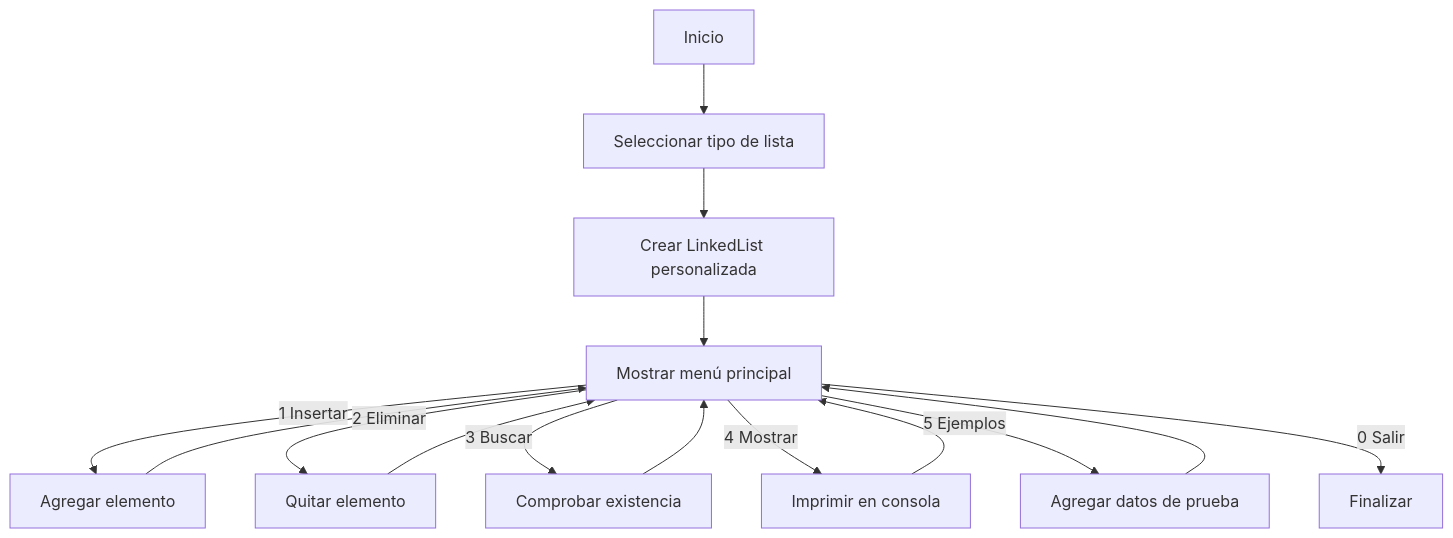
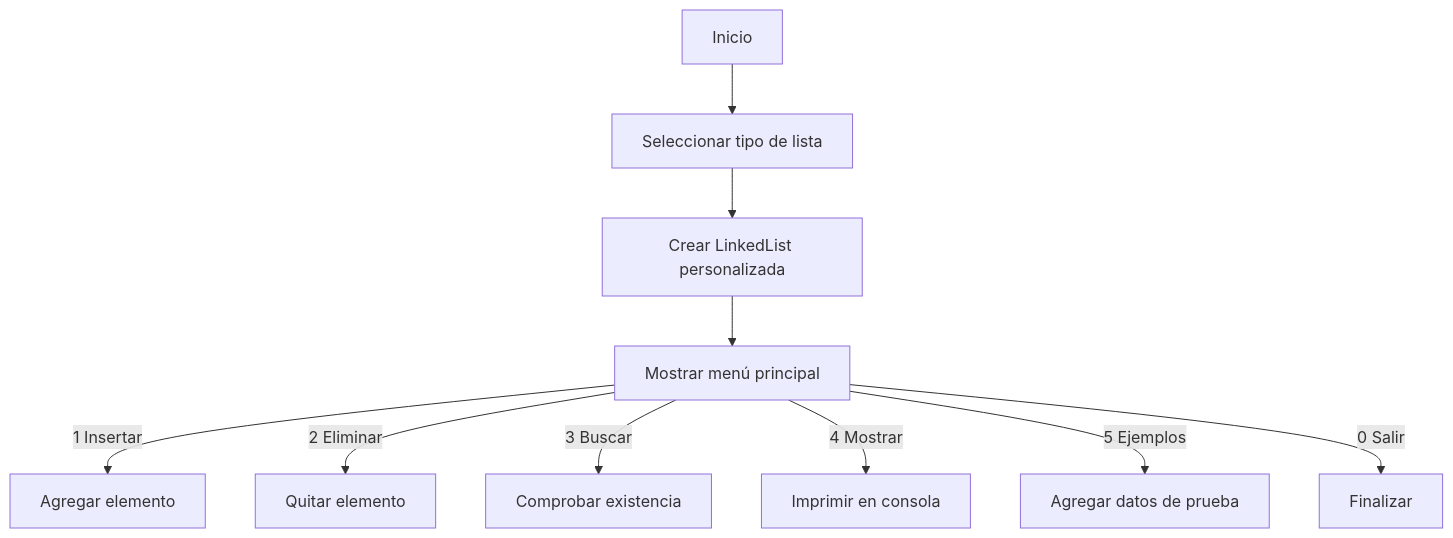
Before and after one commit to Erick-MSD/Actividad_2-ED: the diagram in README.md, drawn with Mermaid. The commit also changed other lines of this file, not shown here.

````diff
--- a/README.md
+++ b/README.md
@@ -88,17 +169,12 @@
 ```mermaid
 flowchart TD
-    A[Inicio] --> B[Seleccionar tipo de lista]
-    B --> C[Crear LinkedList personalizada]
-    C --> D[Mostrar menú principal]
-    D -->|1 Insertar| E[Agregar elemento]
-    D -->|2 Eliminar| F[Quitar elemento]
-    D -->|3 Buscar| G[Comprobar existencia]
-    D -->|4 Mostrar| H[Imprimir en consola]
-    D -->|5 Ejemplos| I[Agregar datos de prueba]
-    D -->|0 Salir| J[Finalizar]
-    E --> D
-    F --> D
-    G --> D
-    H --> D
-    I --> D
+  A[Inicio] --> B[Seleccionar tipo de lista]
+  B --> C[Crear LinkedList personalizada]
+  C --> D[Mostrar menú principal]
+  D -->|1 Insertar| E[Agregar elemento]
+  D -->|2 Eliminar| F[Quitar elemento]
+  D -->|3 Buscar| G[Comprobar existencia]
+  D -->|4 Mostrar| H[Imprimir en consola]
+  D -->|5 Ejemplos| I[Agregar datos de prueba]
+  D -->|0 Salir| J[Finalizar]
 ```
````
